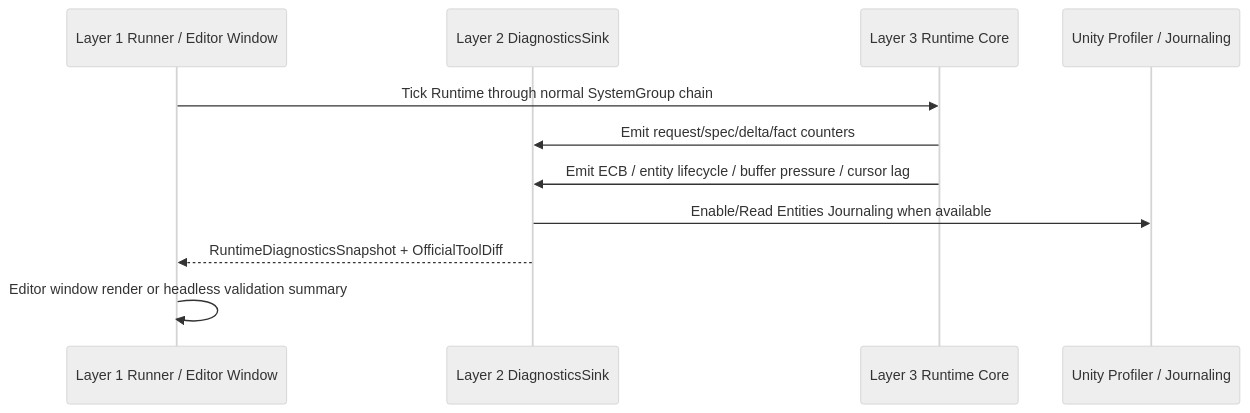
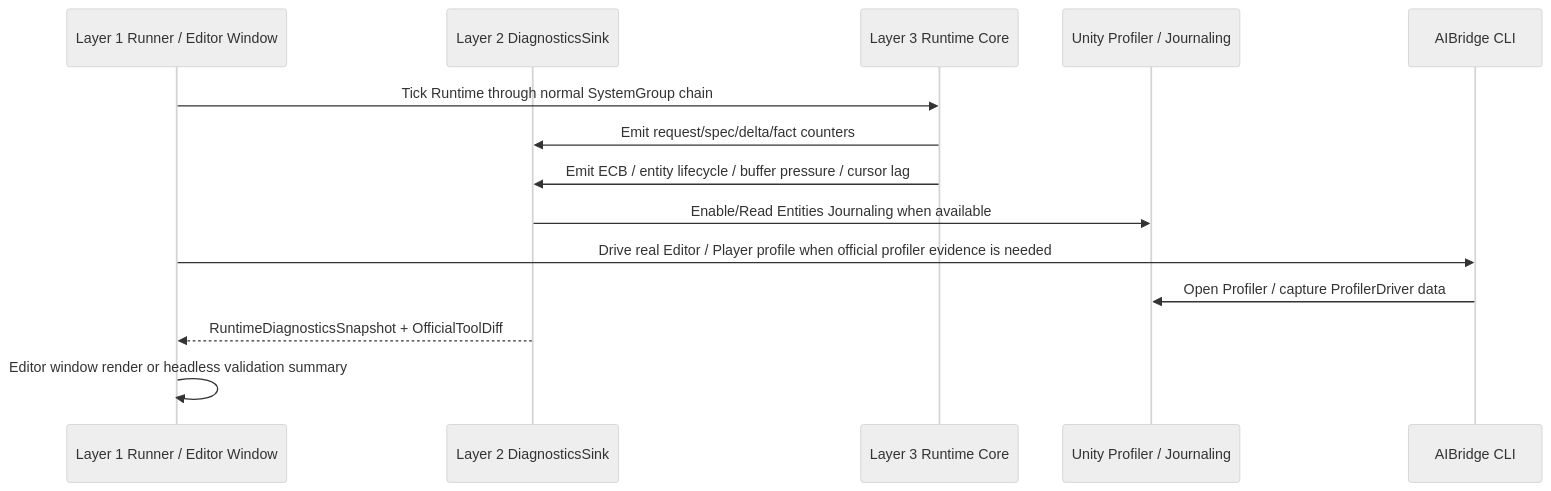
One commit to Bo-ki/gameplay-ability-system-for-unity changed the third of 3 diagrams in 方案讨论/针对2.0的ECS架构的迭代方案讨论/01-目标态架构共识/07-RuntimeCoreDebuggerSpec.md. Above: the diagram before and after it, drawn with Mermaid (neutral theme). The commit also changed other lines of this file and 16 other files, not shown here.

````diff
--- a/方案讨论/针对2.0的ECS架构的迭代方案讨论/01-目标态架构共识/07-RuntimeCoreDebuggerSpec.md
+++ b/方案讨论/针对2.0的ECS架构的迭代方案讨论/01-目标态架构共识/07-RuntimeCoreDebuggerSpec.md
@@ -61,14 +66,17 @@
 ```mermaid
 sequenceDiagram
     participant Shell as Layer 1 Runner / Editor Window
     participant Boundary as Layer 2 DiagnosticsSink
     participant Runtime as Layer 3 Runtime Core
     participant Unity as Unity Profiler / Journaling
+    participant AIBridge as AIBridge CLI
 
     Shell->>Runtime: Tick Runtime through normal SystemGroup chain
     Runtime->>Boundary: Emit request/spec/delta/fact counters
     Runtime->>Boundary: Emit ECB / entity lifecycle / buffer pressure / cursor lag
     Boundary->>Unity: Enable/Read Entities Journaling when available
+    Shell->>AIBridge: Drive real Editor / Player profile when official profiler evidence is needed
+    AIBridge->>Unity: Open Profiler / capture ProfilerDriver data
     Boundary-->>Shell: RuntimeDiagnosticsSnapshot + OfficialToolDiff
     Shell->>Shell: Editor window render or headless validation summary
 ```
````
